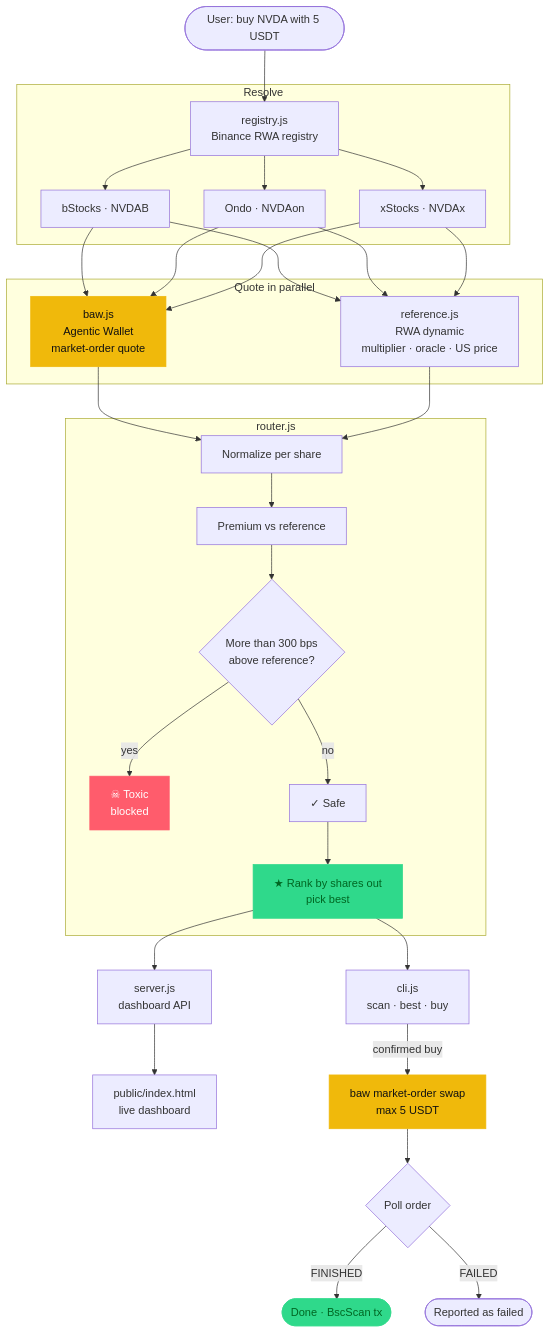
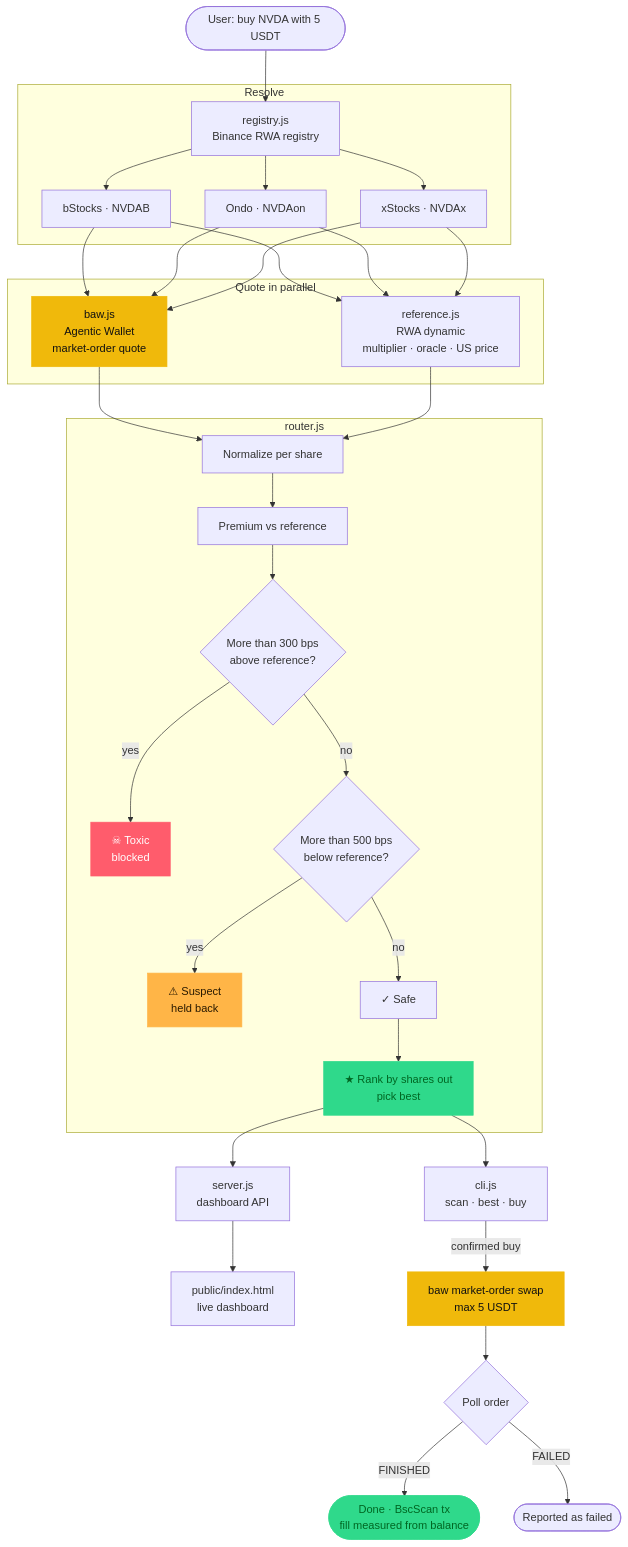
Before and after one commit to 0xR-1/TriQuote: the first of 2 diagrams in README.md, drawn with Mermaid. The commit also changed other lines of this file and 6 other files, not shown here.

Commit message:
Suspect-data guard, post-trade fill verification, replay mode with recorded mainnet scan; README: SPYx mispriced-route evidence

````diff
--- a/README.md
+++ b/README.md
@@ -53,45 +57,49 @@
 ```mermaid
 flowchart TD
     U([User: buy NVDA with 5 USDT]) --> R
 
     subgraph Resolve
         R[registry.js<br/>Binance RWA registry]
         R --> L1[bStocks · NVDAB]
         R --> L2[Ondo · NVDAon]
         R --> L3[xStocks · NVDAx]
     end
 
     subgraph Quote["Quote in parallel"]
         Q[baw.js<br/>Agentic Wallet<br/>market-order quote]
         F[reference.js<br/>RWA dynamic<br/>multiplier · oracle · US price]
     end
 
     L1 & L2 & L3 --> Q
     L1 & L2 & L3 --> F
 
     Q --> RT
     F --> RT
 
     subgraph Route["router.js"]
         RT[Normalize per share] --> P[Premium vs reference]
         P --> T{More than 300 bps<br/>above reference?}
         T -->|yes| X[☠ Toxic<br/>blocked]
-        T -->|no| S[✓ Safe]
+        T -->|no| D{More than 500 bps<br/>below reference?}
+        D -->|yes| SU[⚠ Suspect<br/>held back]
+        D -->|no| S[✓ Safe]
         S --> B[★ Rank by shares out<br/>pick best]
     end
 
     B --> CLI[cli.js<br/>scan · best · buy]
     B --> SRV[server.js<br/>dashboard API]
     SRV --> UI[public/index.html<br/>live dashboard]
     CLI -->|confirmed buy| SW[baw market-order swap<br/>max 5 USDT]
     SW --> PL{Poll order}
-    PL -->|FINISHED| OK([Done · BscScan tx])
+    PL -->|FINISHED| OK([Done · BscScan tx<br/>fill measured from balance])
     PL -->|FAILED| KO([Reported as failed])
 
     classDef toxic fill:#ff5c6c,stroke:#ff5c6c,color:#fff
     classDef best fill:#2fd98b,stroke:#2fd98b,color:#062
     classDef wallet fill:#f0b90b,stroke:#f0b90b,color:#111
+    classDef suspect fill:#ffb547,stroke:#ffb547,color:#2a1a00
     class X toxic
+    class SU suspect
     class B,OK best
     class Q,SW wallet
 ```
````
